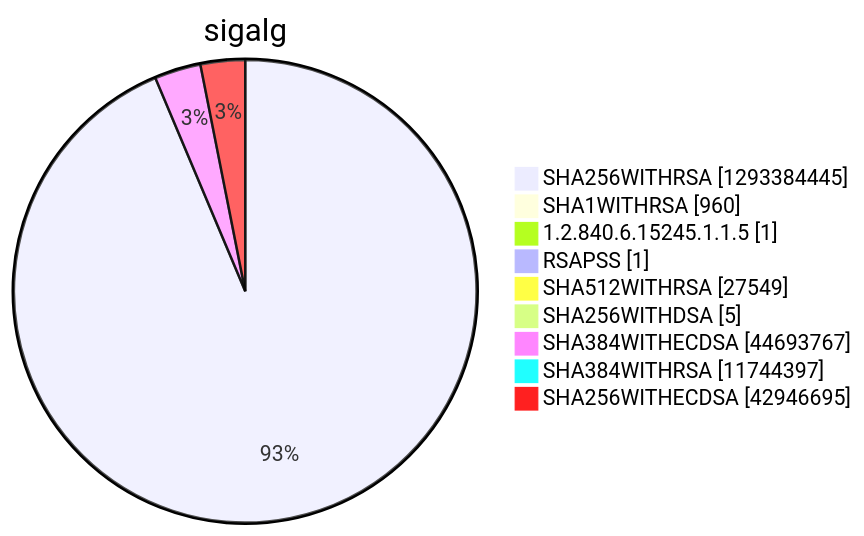
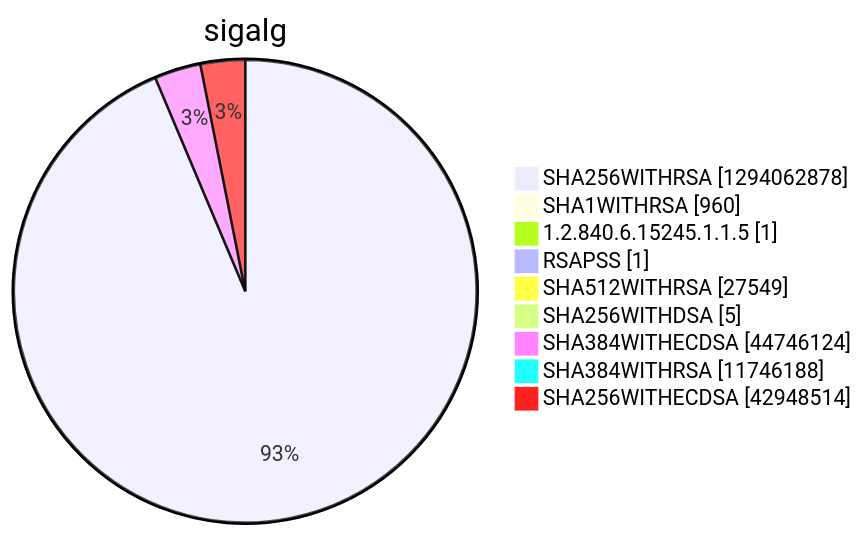
Diagram 15 of 15 in argon2022/README.md (christiankrug/ctmonitor_visualization), drawn with Mermaid before and after one commit. The commit also changed other lines of this file, not shown here.

````diff
--- a/argon2022/README.md
+++ b/argon2022/README.md
@@ -5523,13 +5523,13 @@
 ```mermaid
 pie showData
 title sigalg
-"SHA256WITHRSA" :1293384445
+"SHA256WITHRSA" :1294062878
 "SHA1WITHRSA" :960
 "1.2.840.6.15245.1.1.5" :1
 "RSAPSS" :1
 "SHA512WITHRSA" :27549
 "SHA256WITHDSA" :5
-"SHA384WITHECDSA" :44693767
-"SHA384WITHRSA" :11744397
-"SHA256WITHECDSA" :42946695
+"SHA384WITHECDSA" :44746124
+"SHA384WITHRSA" :11746188
+"SHA256WITHECDSA" :42948514
 ```
````
